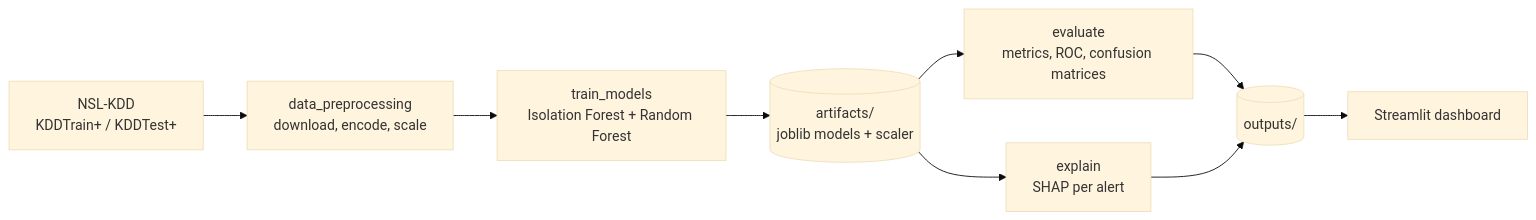
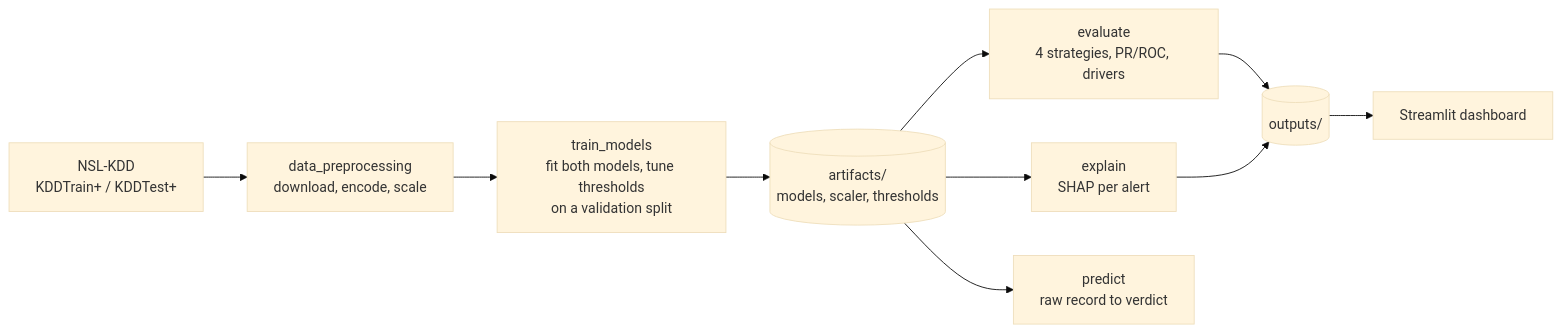
The diagram in README.md (Aaravnauti/datacenter-security-capstone), drawn with Mermaid (base theme) before and after one commit. The commit also changed other lines of this file and 23 other files, not shown here.

````diff
--- a/README.md
+++ b/README.md
@@ -49,11 +77,12 @@
 ```mermaid
 flowchart LR
     A[NSL-KDD<br/>KDDTrain+ / KDDTest+] --> B[data_preprocessing<br/>download, encode, scale]
-    B --> C[train_models<br/>Isolation Forest + Random Forest]
-    C --> D[(artifacts/<br/>joblib models + scaler)]
-    D --> E[evaluate<br/>metrics, ROC, confusion matrices]
+    B --> C[train_models<br/>fit both models, tune thresholds<br/>on a validation split]
+    C --> D[(artifacts/<br/>models, scaler, thresholds)]
+    D --> E[evaluate<br/>4 strategies, PR/ROC, drivers]
     D --> F[explain<br/>SHAP per alert]
+    D --> I[predict<br/>raw record to verdict]
     E --> G[(outputs/)]
     F --> G
     G --> H[Streamlit dashboard]
 ```
````
